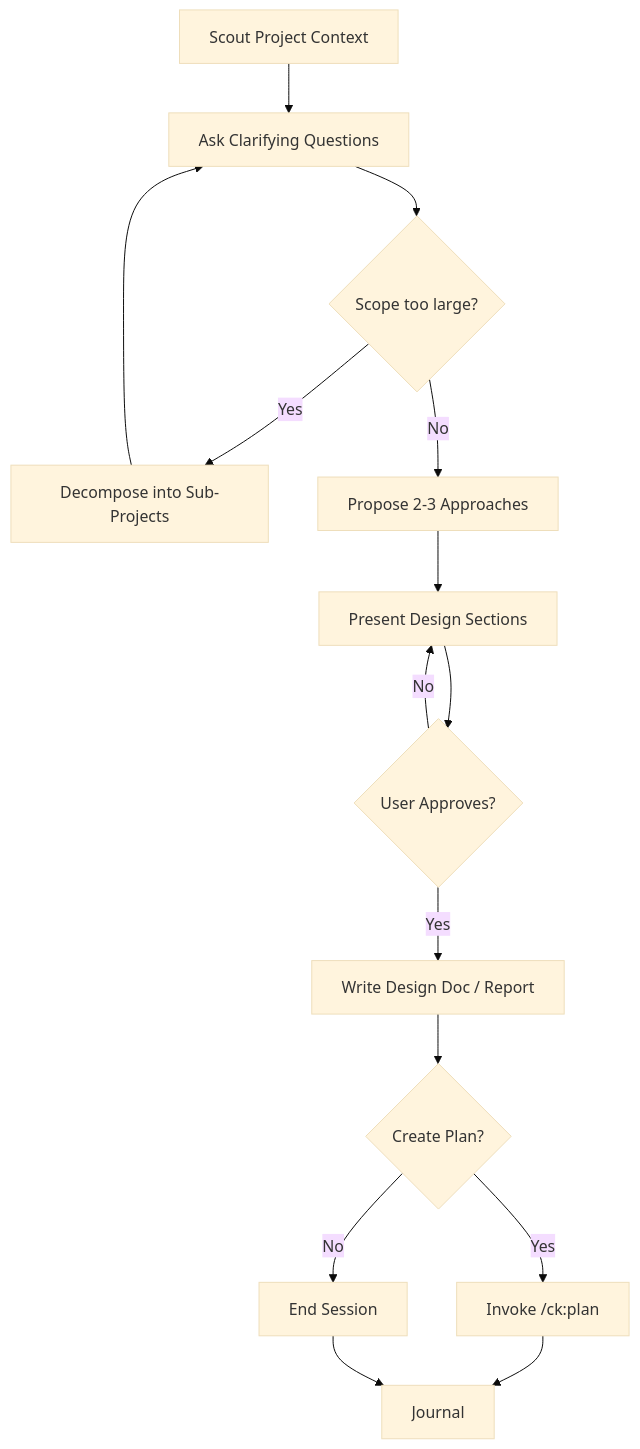
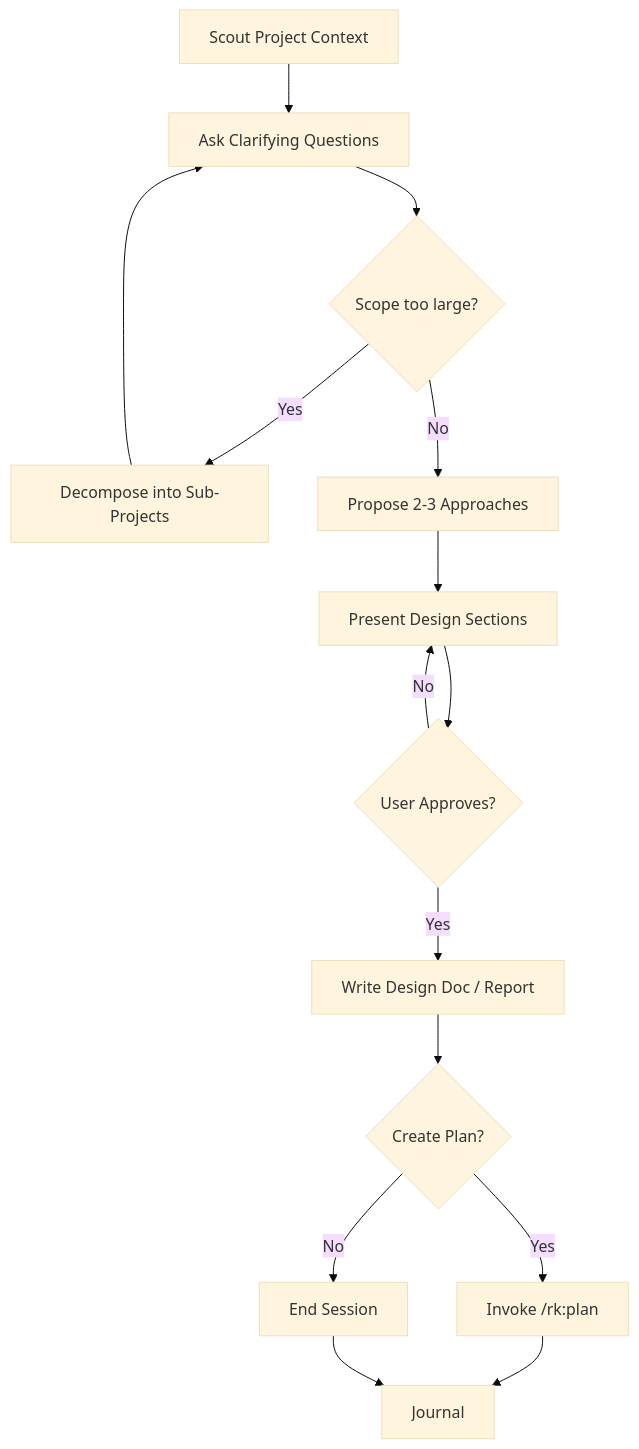
Before and after one commit to tuannguyen-everfit/rock288_claude_plugin: the diagram in plugins/rock288/skills/brainstorm/SKILL.md, drawn with Mermaid (base theme). The commit also changed other lines of this file and 219 other files, not shown here.

````diff
--- a/plugins/rock288/skills/brainstorm/SKILL.md
+++ b/plugins/rock288/skills/brainstorm/SKILL.md
@@ -63,17 +63,17 @@
 ```mermaid
 flowchart TD
     A[Scout Project Context] --> B[Ask Clarifying Questions]
     B --> C{Scope too large?}
     C -->|Yes| D[Decompose into Sub-Projects]
     D --> B
     C -->|No| E[Propose 2-3 Approaches]
     E --> F[Present Design Sections]
     F --> G{User Approves?}
     G -->|No| F
     G -->|Yes| H[Write Design Doc / Report]
     H --> I{Create Plan?}
-    I -->|Yes| J[Invoke /ck:plan]
+    I -->|Yes| J[Invoke /rk:plan]
     I -->|No| K[End Session]
     J --> L[Journal]
     K --> L
 ```
````
